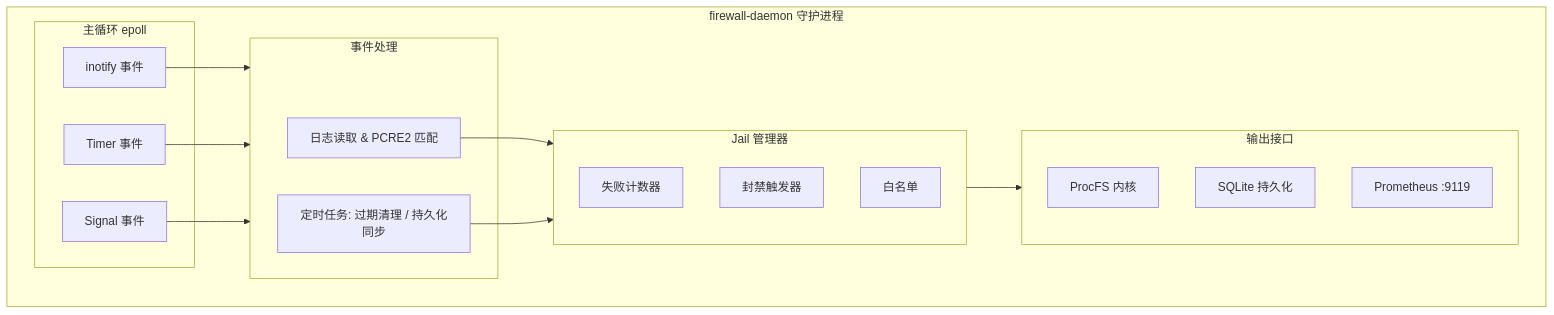
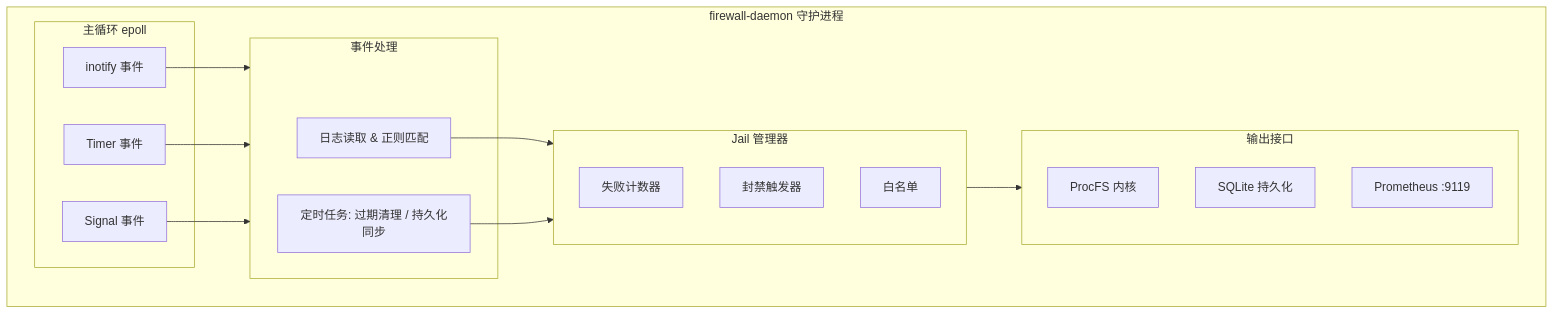
Before and after one commit to SnowCore8/linux-firewall-kmod: the first of 6 diagrams in docs/zh/architecture/daemon.md, drawn with Mermaid. The commit also changed other lines of this file and 35 other files, not shown here.

````diff
--- a/docs/zh/architecture/daemon.md
+++ b/docs/zh/architecture/daemon.md
@@ -28,34 +27,34 @@
 ```mermaid
 graph TB
     subgraph Daemon["firewall-daemon 守护进程"]
         subgraph MainLoop["主循环 epoll"]
             Inotify["inotify 事件"]
             Timer["Timer 事件"]
             Signal["Signal 事件"]
         end
         
         subgraph EventHandler["事件处理"]
-            LogParser["日志读取 & PCRE2 匹配"]
+            LogParser["日志读取 & 正则匹配"]
             ScheduledTasks["定时任务: 过期清理 / 持久化同步"]
         end
         
         subgraph JailManager["Jail 管理器"]
             FailureCounter["失败计数器"]
             BanTrigger["封禁触发器"]
             Whitelist["白名单"]
         end
         
         subgraph Output["输出接口"]
             ProcFS["ProcFS 内核"]
             SQLite["SQLite 持久化"]
             Prometheus["Prometheus :9119"]
         end
         
         Inotify --> EventHandler
         Timer --> EventHandler
         Signal --> EventHandler
         LogParser --> JailManager
         ScheduledTasks --> JailManager
         JailManager --> Output
     end
 ```
````
